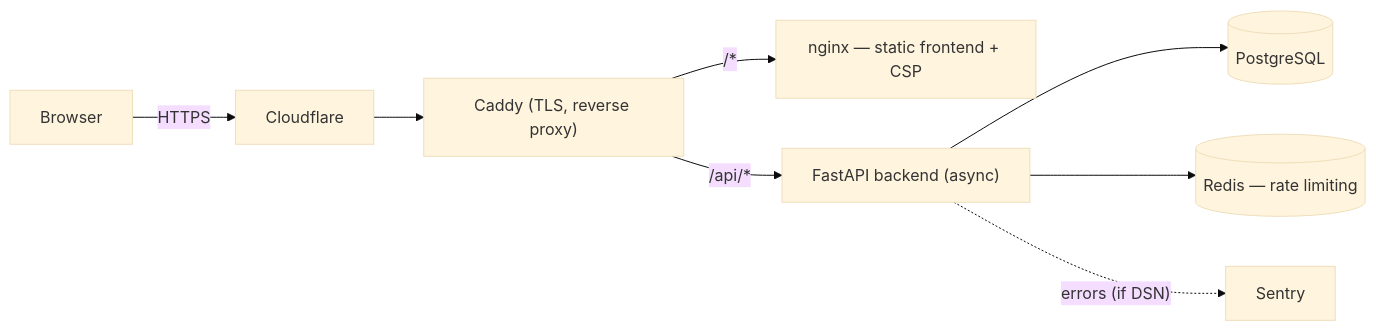
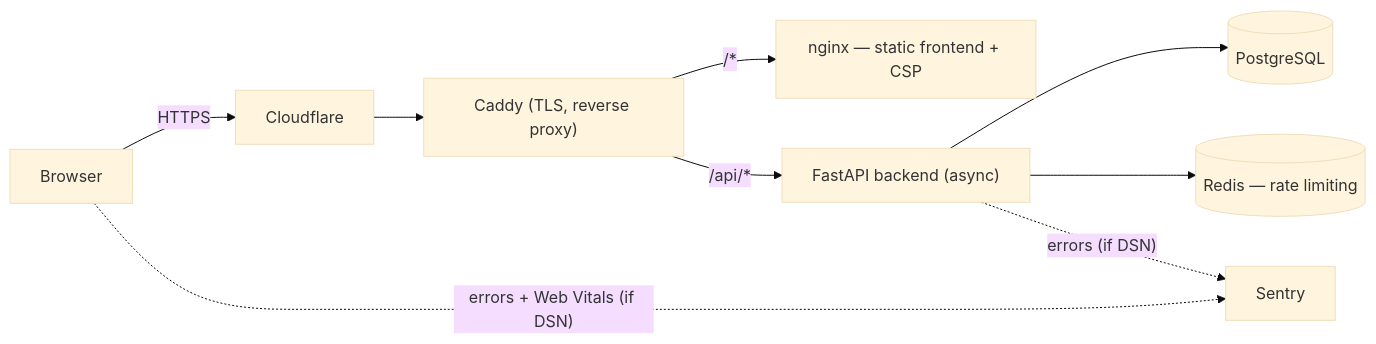
The second of 2 diagrams in README.md (Ingwalde/Palette), drawn with Mermaid (base theme) before and after one commit. The commit also changed other lines of this file and 2 other files, not shown here.

First line of the commit message:
docs: document frontend Sentry (client errors + Web Vitals)

````diff
--- a/README.md
+++ b/README.md
@@ -83,10 +83,11 @@
 ```mermaid
 flowchart LR
     U["Browser"] -->|HTTPS| CF["Cloudflare"]
     CF --> CA["Caddy (TLS, reverse proxy)"]
     CA -->|"/*"| FE["nginx — static frontend + CSP"]
     CA -->|"/api/*"| BE["FastAPI backend (async)"]
     BE --> DB[("PostgreSQL")]
     BE --> RD[("Redis — rate limiting")]
     BE -. "errors (if DSN)" .-> SN["Sentry"]
+    U -. "errors + Web Vitals (if DSN)" .-> SN
 ```
````
